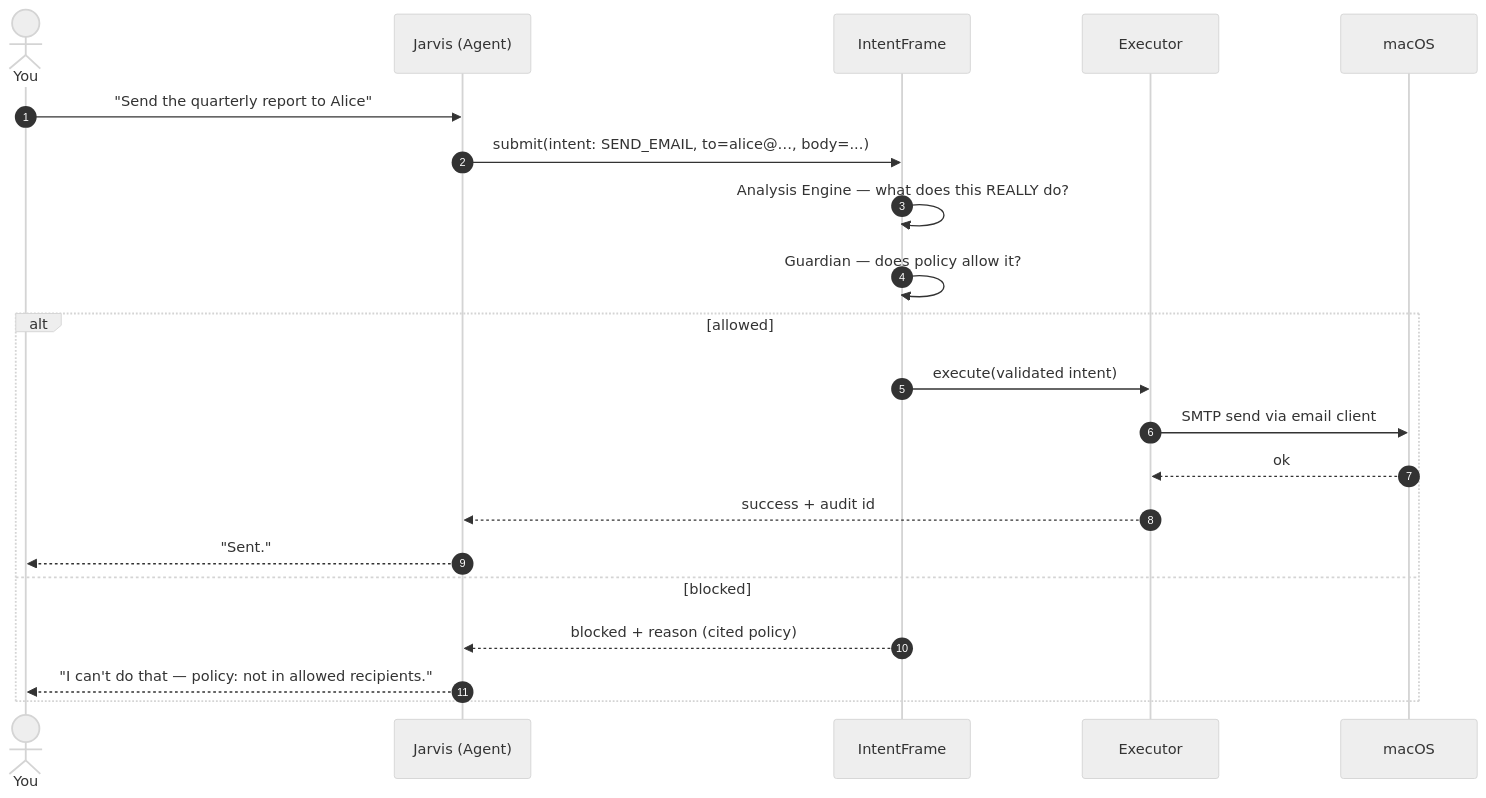
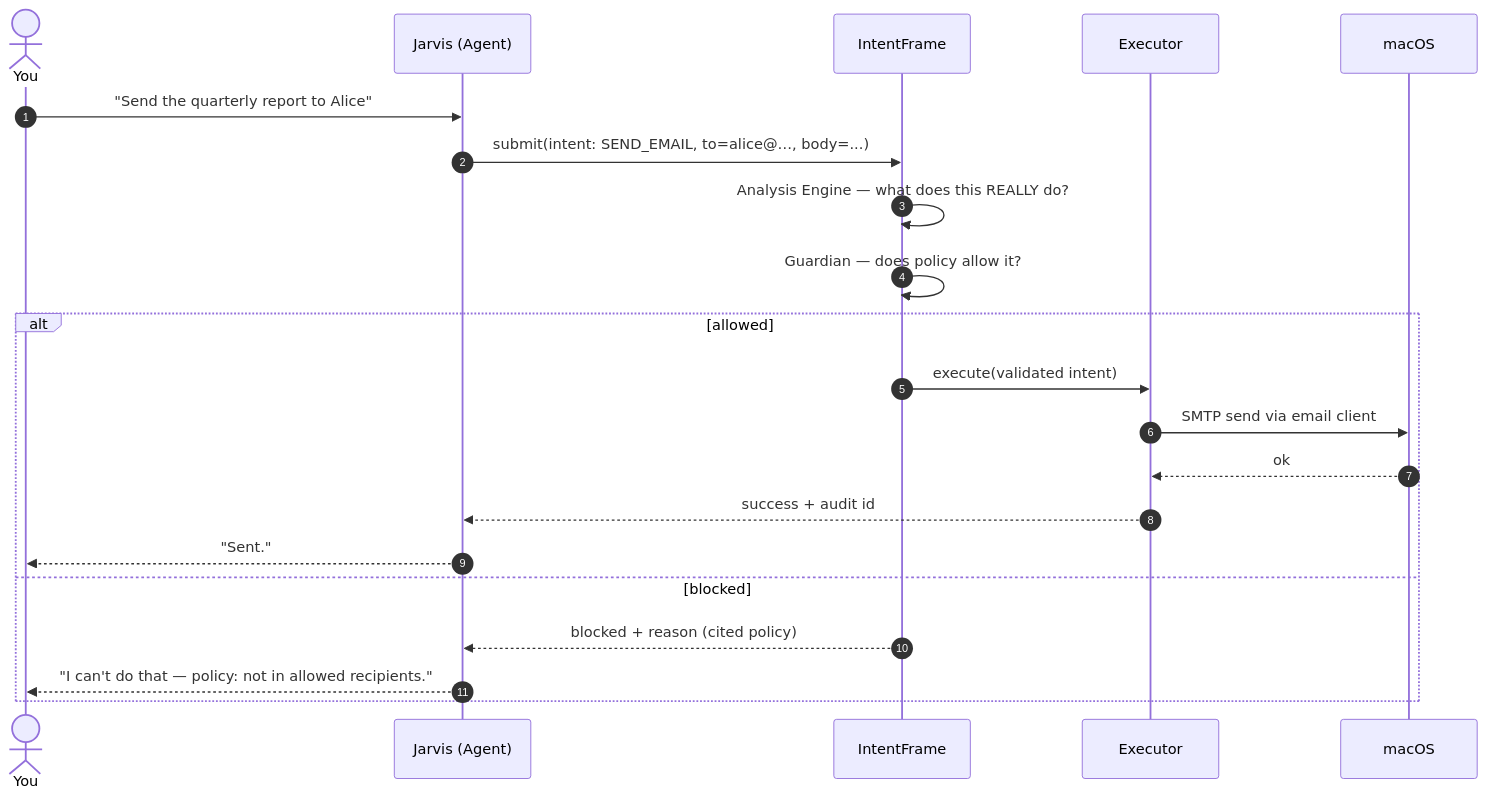
Before and after one commit to intentframe/intentframe: the second of 4 diagrams in README.md, drawn with Mermaid.

````diff
--- a/README.md
+++ b/README.md
@@ -169,25 +169,24 @@
 ```mermaid
-%%{init: {'theme':'neutral'}}%%
 sequenceDiagram
     autonumber
     actor U as You
     participant J as Jarvis (Agent)
     participant IF as IntentFrame
     participant E as Executor
     participant M as macOS
 
     U->>J: "Send the quarterly report to Alice"
     J->>IF: submit(intent: SEND_EMAIL, to=alice@…, body=...)
     IF->>IF: Analysis Engine — what does this REALLY do?
     IF->>IF: Guardian — does policy allow it?
     alt allowed
         IF->>E: execute(validated intent)
         E->>M: SMTP send via email client
         M-->>E: ok
         E-->>J: success + audit id
         J-->>U: "Sent."
     else blocked
         IF-->>J: blocked + reason (cited policy)
         J-->>U: "I can't do that — policy: not in allowed recipients."
     end
 ```
````
